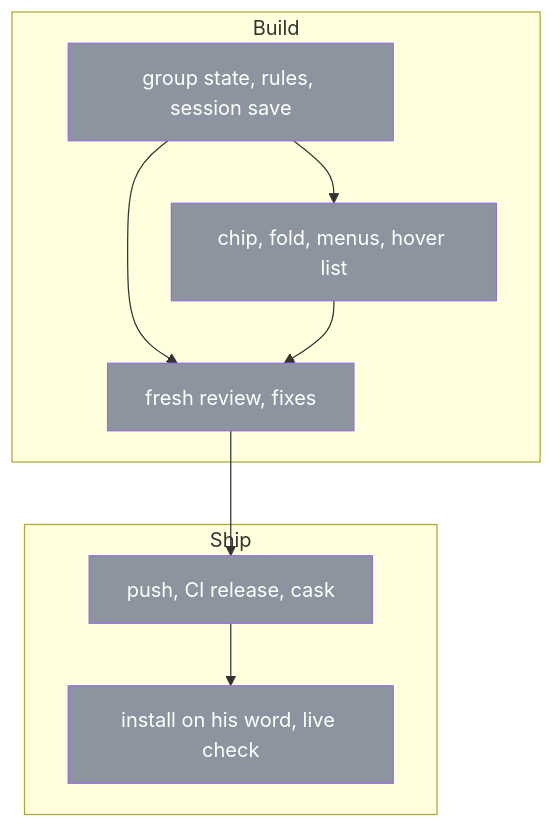
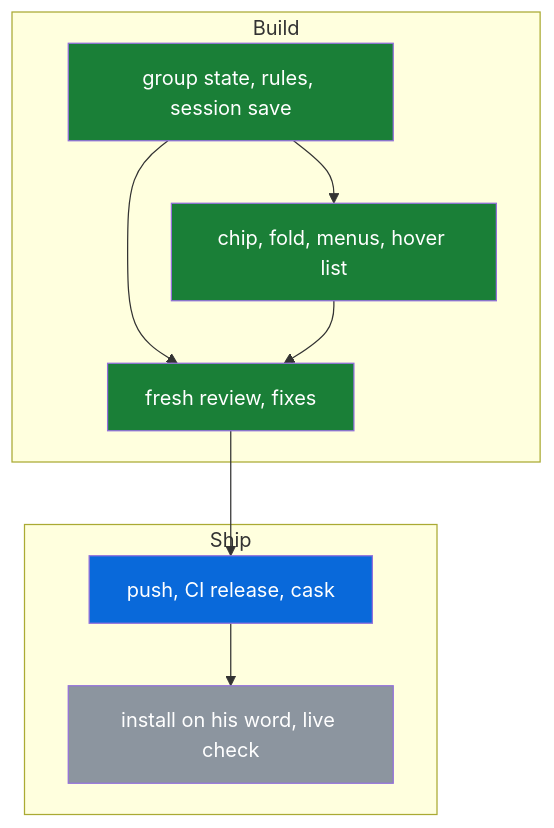
Before and after one commit to michaeljryoung/patton: the diagram in docs/tab-groups.md, drawn with Mermaid. The commit also changed other lines of this file, not shown here.

Commit message:
Map: tab groups built, checked and reviewed (S55)

````diff
--- a/docs/tab-groups.md
+++ b/docs/tab-groups.md
@@ -10,23 +10,23 @@
 ```mermaid
 flowchart TD
   subgraph B["Build"]
-    groups_model[group state, rules, session save]:::todo
-    groups_strip[chip, fold, menus, hover list]:::todo
-    groups_review[fresh review, fixes]:::todo
+    groups_model[group state, rules, session save]:::done
+    groups_strip[chip, fold, menus, hover list]:::done
+    groups_review[fresh review, fixes]:::done
   end
   subgraph S["Ship"]
-    groups_release[push, CI release, cask]:::todo
+    groups_release[push, CI release, cask]:::live
     groups_ship[install on his word, live check]:::todo
   end
   groups_model --> groups_strip
   groups_model --> groups_review
   groups_strip --> groups_review
   groups_review --> groups_release
   groups_release --> groups_ship
   classDef done fill:#1a7f37,color:#fff
   classDef live fill:#0969da,color:#fff
   classDef todo fill:#8c959f,color:#fff
   classDef blocked fill:#cf222e,color:#fff
   classDef dropped fill:#eaeef2,color:#57606a
   classDef superseded fill:#eaeef2,color:#57606a
 ```
````
